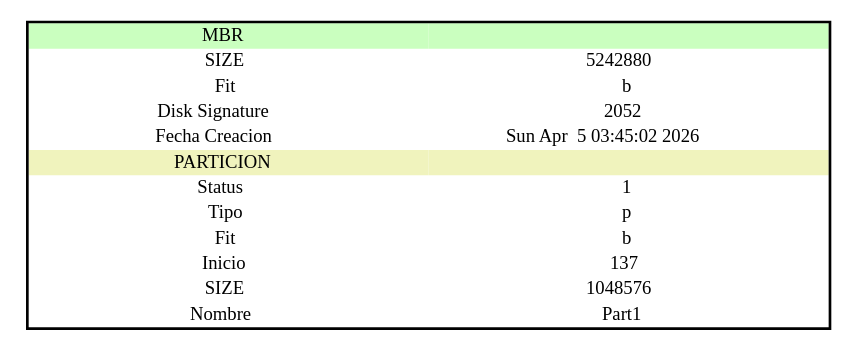
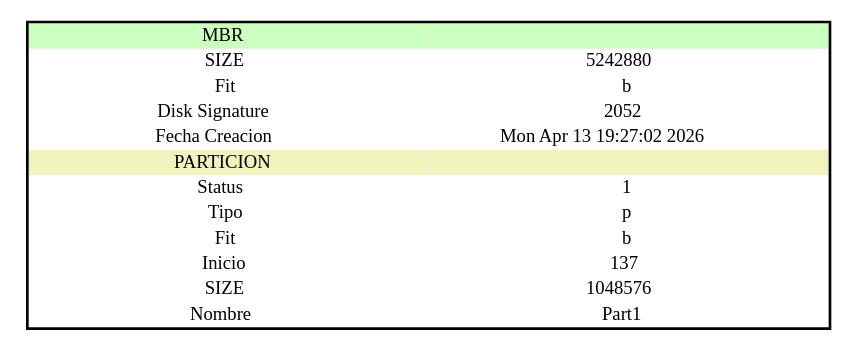
Before and after one commit to nxz7/Ejemplos_MIA_S12026: the diagram in Semana11/mbr_dot.dot, drawn with Graphviz. The commit also changed 29 other files, not shown here.

```diff
--- a/Semana11/mbr_dot.dot
+++ b/Semana11/mbr_dot.dot
@@ -1,2 +1,2 @@
-digraph mbr {node [shape=plaintext] struct1 [label= <<TABLE BORDER='2' CELLBORDER='0' CELLSPACING='0'><TR><TD BGCOLOR='#caffbf' WIDTH='300'> MBR</TD><TD WIDTH='300' BGCOLOR='#caffbf'></TD></TR><TR><TD>SIZE</TD><TD>5242880</TD></TR><TR><TD>Fit</TD><TD>b</TD></TR><TR><TD>Disk Signature</TD><TD>2052</TD></TR><TR><TD>Fecha Creacion</TD><TD>Sun Apr  5 03:45:02 2026
+digraph mbr {node [shape=plaintext] struct1 [label= <<TABLE BORDER='2' CELLBORDER='0' CELLSPACING='0'><TR><TD BGCOLOR='#caffbf' WIDTH='300'> MBR</TD><TD WIDTH='300' BGCOLOR='#caffbf'></TD></TR><TR><TD>SIZE</TD><TD>5242880</TD></TR><TR><TD>Fit</TD><TD>b</TD></TR><TR><TD>Disk Signature</TD><TD>2052</TD></TR><TR><TD>Fecha Creacion</TD><TD>Mon Apr 13 19:27:02 2026
 </TD></TR><TR><TD BGCOLOR='#f0f3bd' WIDTH='300'>PARTICION</TD><TD WIDTH='300' BGCOLOR='#f0f3bd'></TD></TR><TR><TD>Status</TD><TD>1</TD></TR><TR><TD>Tipo</TD><TD>p</TD></TR><TR><TD>Fit</TD><TD>b</TD></TR><TR><TD>Inicio</TD><TD>137</TD></TR><TR><TD>SIZE</TD><TD>1048576</TD></TR><TR><TD>Nombre</TD><TD>Part1</TD></TR></TABLE>>];}
```
